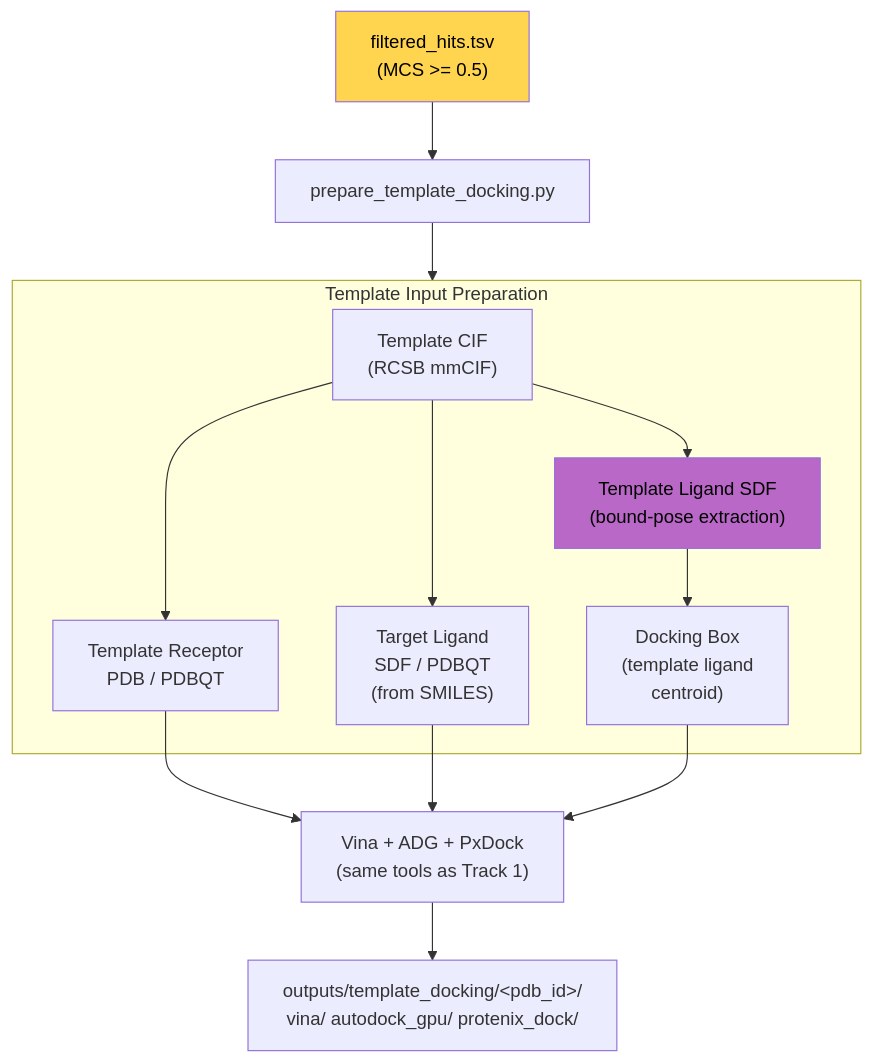
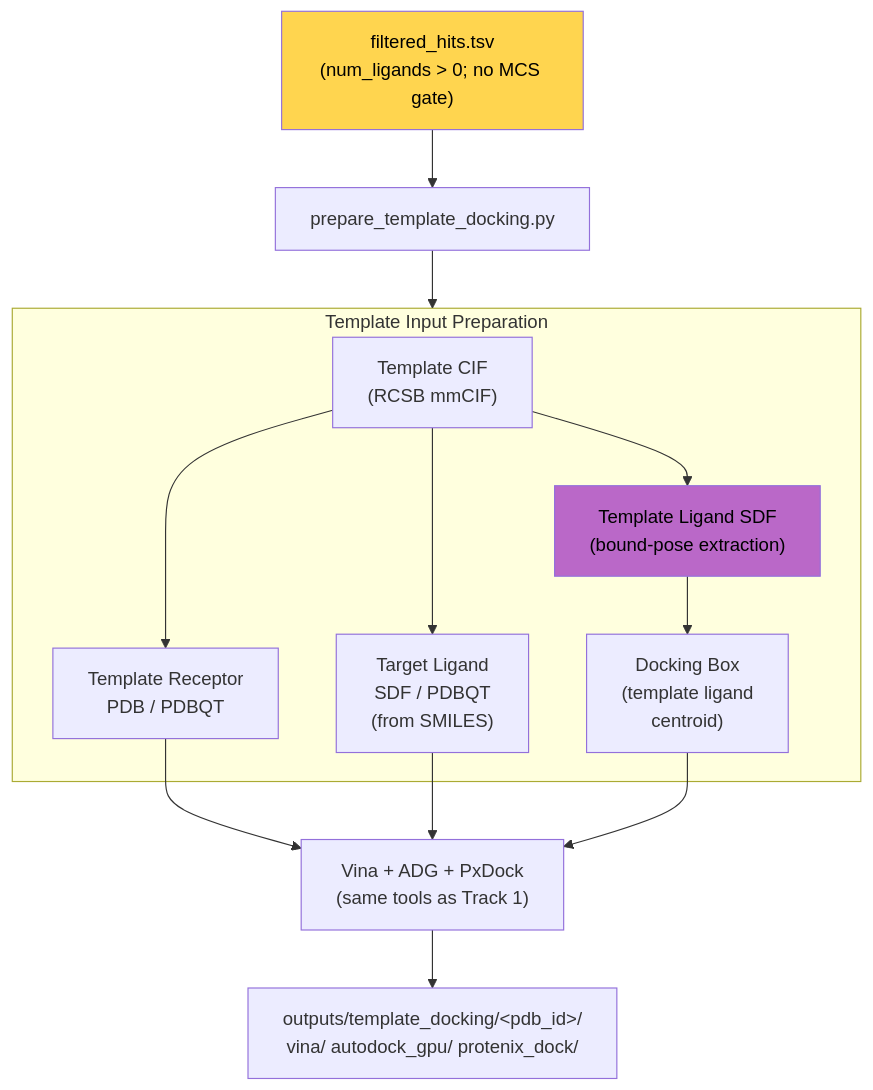
Before and after one commit to eightmm/mosaic-pl: diagram 17 of 25 in docs/pipeline.md, drawn with Mermaid. The commit also changed other lines of this file and 3 other files, not shown here.

````diff
--- a/docs/pipeline.md
+++ b/docs/pipeline.md
@@ -445,20 +492,20 @@
 ```mermaid
 flowchart TB
-    HITS["filtered_hits.tsv\n(MCS >= 0.5)"] --> PREP["prepare_template_docking.py"]
+    HITS["filtered_hits.tsv\n(num_ligands > 0; no MCS gate)"] --> PREP["prepare_template_docking.py"]
 
     subgraph TEMPLATE_PREP["Template Input Preparation"]
         RCIF["Template CIF\n(RCSB mmCIF)"]
         RCIF --> RPDB["Template Receptor\nPDB / PDBQT"]
         RCIF --> TLIG["Template Ligand SDF\n(bound-pose extraction)"]
         RCIF --> QLIG["Target Ligand\nSDF / PDBQT\n(from SMILES)"]
         TLIG --> BOX["Docking Box\n(template ligand\ncentroid)"]
     end
 
     PREP --> TEMPLATE_PREP
 
     RPDB & QLIG & BOX --> DOCK["Vina + ADG + PxDock\n(same tools as Track 1)"]
     DOCK --> OUT["outputs/template_docking/&lt;pdb_id&gt;/\nvina/ autodock_gpu/ protenix_dock/"]
 
     style HITS fill:#ffd54f,color:#000
     style TLIG fill:#ba68c8,color:#000
 ```
````
